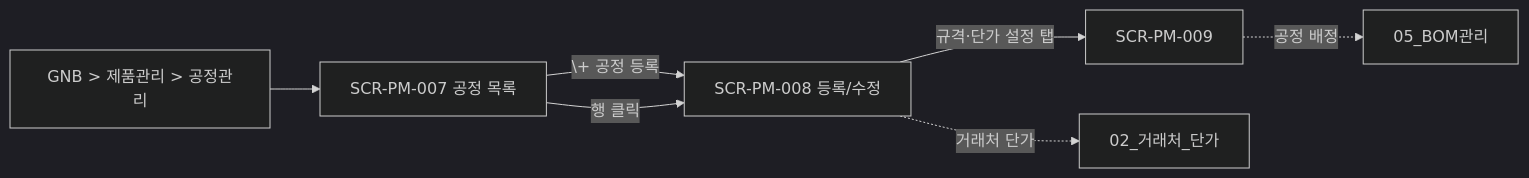
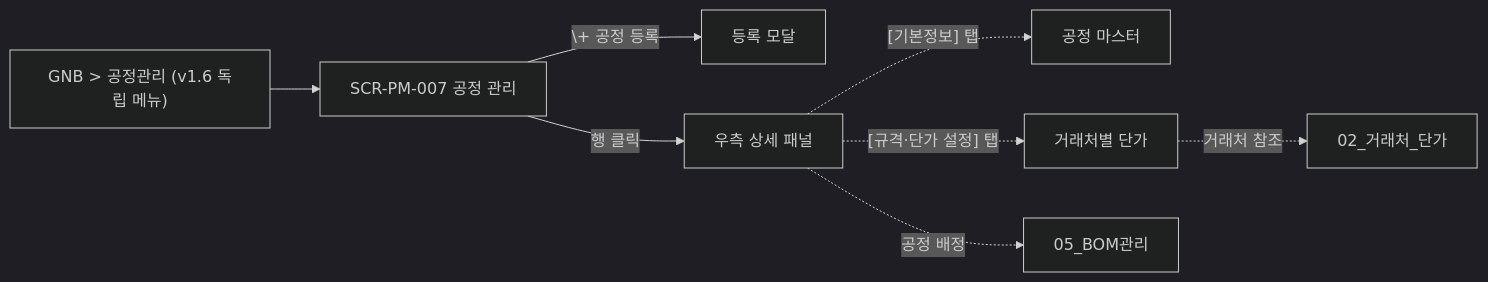
One commit to team-codecraft/wims2.0 changed the diagram in docs/3_DE(설계)/DE22-1_화면설계서/sections/03_공정관리.md. Above: the diagram before and after it, drawn with Mermaid (dark theme). The commit also changed other lines of this file and 78 other files, not shown here.

````diff
--- a/docs/3_DE(설계)/DE22-1_화면설계서/sections/03_공정관리.md
+++ b/docs/3_DE(설계)/DE22-1_화면설계서/sections/03_공정관리.md
@@ -31,9 +29,10 @@
 ```mermaid
 flowchart LR
-  GNB["GNB > 제품관리 > 공정관리"] --> L[SCR-PM-007 공정 목록]
-  L -->|\+ 공정 등록| N[SCR-PM-008 등록/수정]
-  L -->|행 클릭| N
-  N -->|규격·단가 설정 탭| S[SCR-PM-009]
-  N -.거래처 단가.-> P[02_거래처_단가]
-  S -.공정 배정.-> B[05_BOM관리]
+  GNB["GNB > 공정관리 (v1.6 독립 메뉴)"] --> L[SCR-PM-007 공정 관리]
+  L -->|\+ 공정 등록| LM[등록 모달]
+  L -->|행 클릭| DP[우측 상세 패널]
+  DP -.[기본정보] 탭.-> B[공정 마스터]
+  DP -.[규격·단가 설정] 탭.-> S[거래처별 단가]
+  S -.거래처 참조.-> P[02_거래처_단가]
+  DP -.공정 배정.-> BOM[05_BOM관리]
 ```
````
